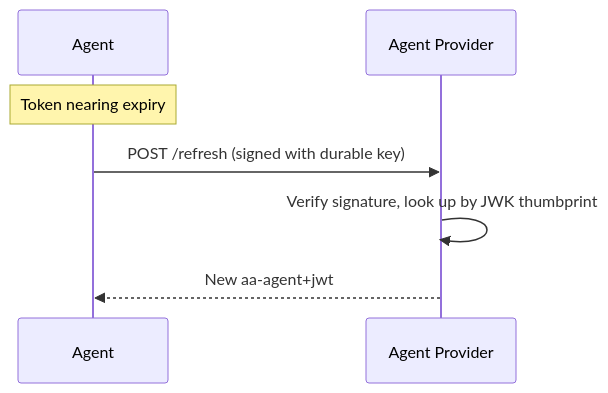
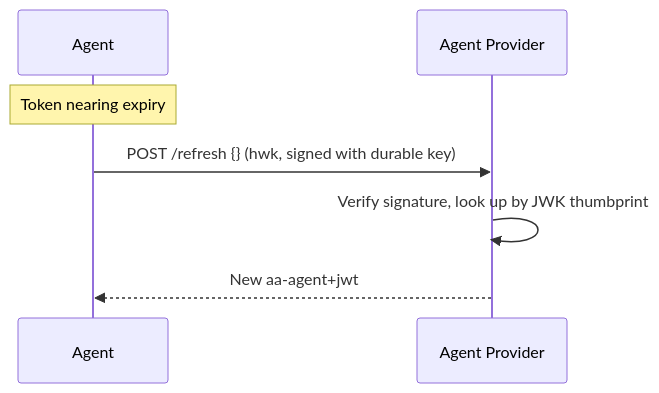
The third of 6 diagrams in docs/workflows/bootstrap-enrollment.md (aauth-dev/dotnet-samples), drawn with Mermaid before and after one commit. The commit also changed other lines of this file and 61 other files, not shown here.

````diff
--- a/docs/workflows/bootstrap-enrollment.md
+++ b/docs/workflows/bootstrap-enrollment.md
@@ -148,9 +178,9 @@
 ```mermaid
 sequenceDiagram
     participant Agent
     participant AP as Agent Provider
     Note over Agent: Token nearing expiry
-    Agent->>AP: POST /refresh (signed with durable key)
+    Agent->>AP: POST /refresh {} (hwk, signed with durable key)
     AP->>AP: Verify signature, look up by JWK thumbprint
     AP-->>Agent: New aa-agent+jwt
 ```
````
